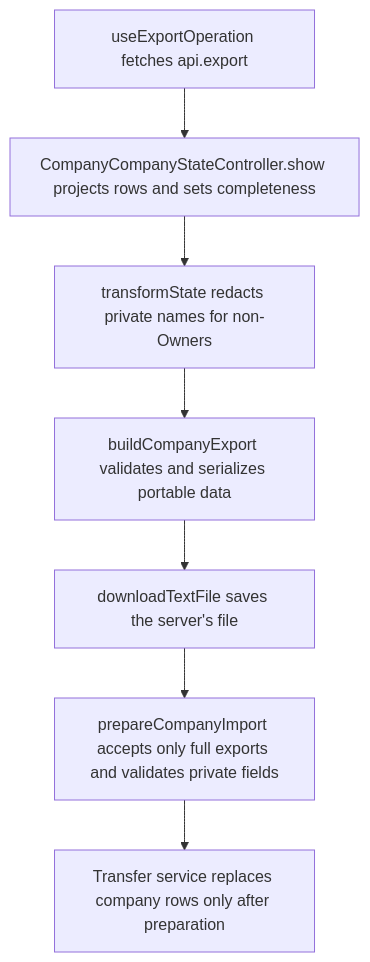
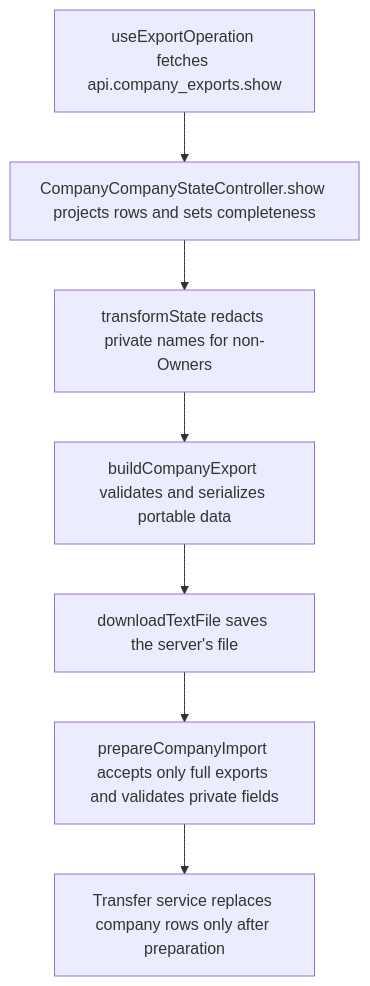
The second of 2 diagrams in user-stories/data/US-DAT-07-private-name-portability.md (Kevinjohn/capacitylens), drawn with Mermaid before and after one commit. The commit also changed 153 other files, not shown here.

````diff
--- a/user-stories/data/US-DAT-07-private-name-portability.md
+++ b/user-stories/data/US-DAT-07-private-name-portability.md
@@ -29,9 +29,9 @@
 ```mermaid
 flowchart TD
-  fetch["useExportOperation fetches api.export"] --> role["CompanyCompanyStateController.show projects rows and sets completeness"]
+  fetch["useExportOperation fetches api.company_exports.show"] --> role["CompanyCompanyStateController.show projects rows and sets completeness"]
   role --> project["transformState redacts private names for non-Owners"]
   project --> beta["buildCompanyExport validates and serializes portable data"]
   beta --> file["downloadTextFile saves the server's file"]
   file --> import["prepareCompanyImport accepts only full exports and validates private fields"]
   import --> replace["Transfer service replaces company rows only after preparation"]
 ```
````
